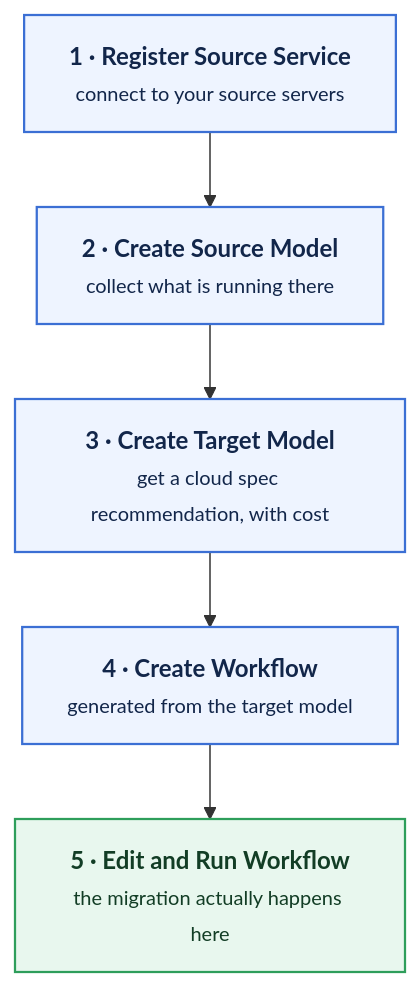
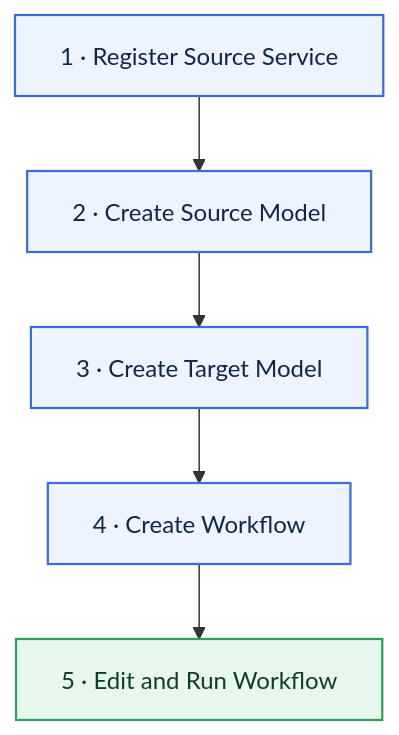
Before and after one commit to MZC-CSC/cm-butterfly: the diagram in docs/guide/quick-start-migration.md, drawn with Mermaid.

Commit message:
docs(guide): keep the overview diagram nodes to the step name only
GitHub's mermaid renderer sizes a node to its text, and the nodes carried a bold title, a smaller description, and a line break — on the longer ones the description was clipping at the bottom.

The description of each step is already in the table right below the diagram, down to which menu it lives under, so dropping it from the node loses nothing and removes the duplication. The diagram now shows the flow; the table carries the detail.

````diff
--- a/docs/guide/quick-start-migration.md
+++ b/docs/guide/quick-start-migration.md
@@ -11,15 +11,15 @@
 ```mermaid
 flowchart TD
-    A["<b>1 · Register Source Service</b><br/><small>connect to your source servers</small>"]
-    B["<b>2 · Create Source Model</b><br/><small>collect what is running there</small>"]
-    C["<b>3 · Create Target Model</b><br/><small>get a cloud spec recommendation, with cost</small>"]
-    D["<b>4 · Create Workflow</b><br/><small>generated from the target model</small>"]
-    E["<b>5 · Edit and Run Workflow</b><br/><small>the migration actually happens here</small>"]
+    A["1 · Register Source Service"]
+    B["2 · Create Source Model"]
+    C["3 · Create Target Model"]
+    D["4 · Create Workflow"]
+    E["5 · Edit and Run Workflow"]
 
     A --> B --> C --> D --> E
 
     classDef step fill:#EEF4FF,stroke:#3B6FD4,stroke-width:1.5px,color:#12264A;
     classDef final fill:#E8F7EE,stroke:#2E9E5B,stroke-width:1.5px,color:#123D25;
     class A,B,C,D step;
     class E final;
 ```
````
